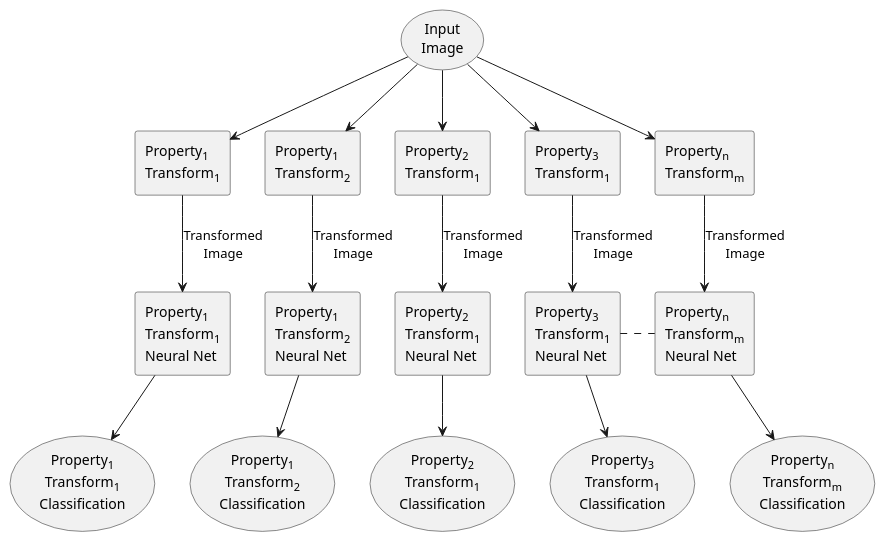
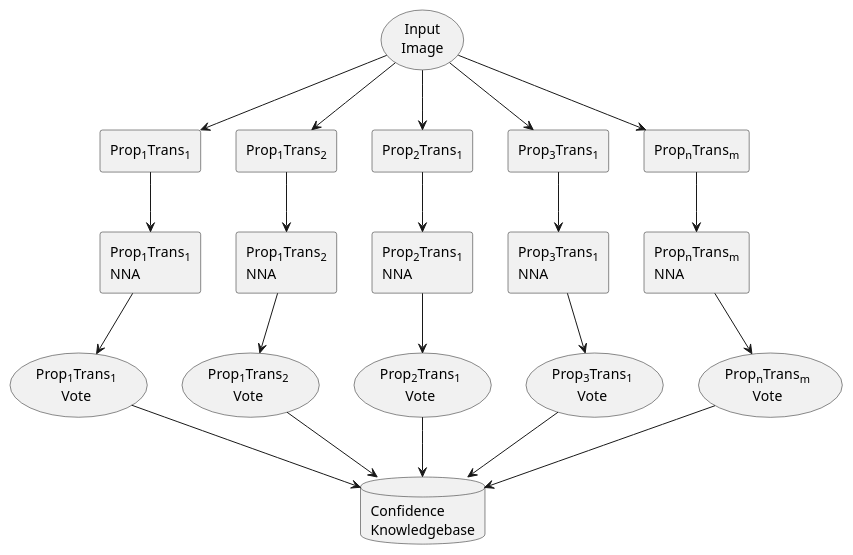
The diagram in property-nn.puml (paulwhitten/2021-naecon-xai_methdology_for_handwritten_applications), drawn with PlantUML before and after one commit. The commit also changed 5 other files, not shown here.

```diff
--- a/property-nn.puml
+++ b/property-nn.puml
@@ -1,58 +1,66 @@
 @startuml
 
 skinparam maxactorsize 0
 
 skinparam rectangle {
     BackgroundColor white
     BorderColor white
     shadowing false
 }
 
 usecase "Input\nImage" as input
 
-agent "Property<FONT POINT-SIZE='10'><SUB>1</SUB></FONT>\nTransform<FONT POINT-SIZE='10'><SUB>1</SUB></FONT>" as TRANS_1
-agent "Property<FONT POINT-SIZE='10'><SUB>1</SUB></FONT>\nTransform<FONT POINT-SIZE='10'><SUB>2</SUB></FONT>" as TRANS_11
-agent "Property<FONT POINT-SIZE='10'><SUB>2</SUB></FONT>\nTransform<FONT POINT-SIZE='10'><SUB>1</SUB></FONT>" as TRANS_2
-agent "Property<FONT POINT-SIZE='10'><SUB>3</SUB></FONT>\nTransform<FONT POINT-SIZE='10'><SUB>1</SUB></FONT>" as TRANS_3
-agent "Property<FONT POINT-SIZE='10'><SUB>n</SUB></FONT>\nTransform<FONT POINT-SIZE='10'><SUB>m</SUB></FONT>" as TRANS_N
+agent "Prop<FONT POINT-SIZE='10'><SUB>1</SUB></FONT>Trans<FONT POINT-SIZE='10'><SUB>1</SUB></FONT>" as TRANS_1
+agent "Prop<FONT POINT-SIZE='10'><SUB>1</SUB></FONT>Trans<FONT POINT-SIZE='10'><SUB>2</SUB></FONT>" as TRANS_11
+agent "Prop<FONT POINT-SIZE='10'><SUB>2</SUB></FONT>Trans<FONT POINT-SIZE='10'><SUB>1</SUB></FONT>" as TRANS_2
+agent "Prop<FONT POINT-SIZE='10'><SUB>3</SUB></FONT>Trans<FONT POINT-SIZE='10'><SUB>1</SUB></FONT>" as TRANS_3
+agent "Prop<FONT POINT-SIZE='10'><SUB>n</SUB></FONT>Trans<FONT POINT-SIZE='10'><SUB>m</SUB></FONT>" as TRANS_N
 
 input --> TRANS_1
 input --> TRANS_11
 input --> TRANS_2
 input --> TRANS_3
 input --> TRANS_N
 
-agent "Property<FONT POINT-SIZE='10'><SUB>1</SUB></FONT>\nTransform<FONT POINT-SIZE='10'><SUB>1</SUB></FONT>\nNeural Net" as XAI_1
-agent "Property<FONT POINT-SIZE='10'><SUB>1</SUB></FONT>\nTransform<FONT POINT-SIZE='10'><SUB>2</SUB></FONT>\nNeural Net" as XAI_11
-agent "Property<FONT POINT-SIZE='10'><SUB>2</SUB></FONT>\nTransform<FONT POINT-SIZE='10'><SUB>1</SUB></FONT>\nNeural Net" as XAI_2
-agent "Property<FONT POINT-SIZE='10'><SUB>3</SUB></FONT>\nTransform<FONT POINT-SIZE='10'><SUB>1</SUB></FONT>\nNeural Net" as XAI_3
-agent "Property<FONT POINT-SIZE='10'><SUB>n</SUB></FONT>\nTransform<FONT POINT-SIZE='10'><SUB>m</SUB></FONT>\nNeural Net" as XAI_N
+agent "Prop<FONT POINT-SIZE='10'><SUB>1</SUB></FONT>Trans<FONT POINT-SIZE='10'><SUB>1</SUB></FONT>\nNNA" as XAI_1
+agent "Prop<FONT POINT-SIZE='10'><SUB>1</SUB></FONT>Trans<FONT POINT-SIZE='10'><SUB>2</SUB></FONT>\nNNA" as XAI_11
+agent "Prop<FONT POINT-SIZE='10'><SUB>2</SUB></FONT>Trans<FONT POINT-SIZE='10'><SUB>1</SUB></FONT>\nNNA" as XAI_2
+agent "Prop<FONT POINT-SIZE='10'><SUB>3</SUB></FONT>Trans<FONT POINT-SIZE='10'><SUB>1</SUB></FONT>\nNNA" as XAI_3
+agent "Prop<FONT POINT-SIZE='10'><SUB>n</SUB></FONT>Trans<FONT POINT-SIZE='10'><SUB>m</SUB></FONT>\nNNA" as XAI_N
 
-TRANS_1 --> XAI_1 : "Transformed\nImage"
-TRANS_11 --> XAI_11 : "Transformed\nImage"
-TRANS_2 --> XAI_2 : "Transformed\nImage"
-TRANS_3 --> XAI_3 : "Transformed\nImage"
-TRANS_N --> XAI_N : "Transformed\nImage"
+TRANS_1 --> XAI_1
+TRANS_11 --> XAI_11
+TRANS_2 --> XAI_2
+TRANS_3 --> XAI_3
+TRANS_N --> XAI_N
 
 XAI_1 .[hidden]right. XAI_11
 XAI_11 .[hidden]right. XAI_2
 XAI_2 .[hidden]right. XAI_3
-XAI_3 .right. XAI_N
+XAI_3 .[hidden]right. XAI_N
 
-usecase "Property<FONT POINT-SIZE='10'><SUB>1</SUB></FONT>\nTransform<FONT POINT-SIZE='10'><SUB>1</SUB></FONT>\nClassification" as label_1
+usecase "Prop<FONT POINT-SIZE='10'><SUB>1</SUB></FONT>Trans<FONT POINT-SIZE='10'><SUB>1</SUB></FONT>\nVote" as label_1
 
-usecase "Property<FONT POINT-SIZE='10'><SUB>1</SUB></FONT>\nTransform<FONT POINT-SIZE='10'><SUB>2</SUB></FONT>\nClassification" as label_11
+usecase "Prop<FONT POINT-SIZE='10'><SUB>1</SUB></FONT>Trans<FONT POINT-SIZE='10'><SUB>2</SUB></FONT>\nVote" as label_11
 
-usecase "Property<FONT POINT-SIZE='10'><SUB>2</SUB></FONT>\nTransform<FONT POINT-SIZE='10'><SUB>1</SUB></FONT>\nClassification" as label_2
+usecase "Prop<FONT POINT-SIZE='10'><SUB>2</SUB></FONT>Trans<FONT POINT-SIZE='10'><SUB>1</SUB></FONT>\nVote" as label_2
 
-usecase "Property<FONT POINT-SIZE='10'><SUB>3</SUB></FONT>\nTransform<FONT POINT-SIZE='10'><SUB>1</SUB></FONT>\nClassification" as label_3
+usecase "Prop<FONT POINT-SIZE='10'><SUB>3</SUB></FONT>Trans<FONT POINT-SIZE='10'><SUB>1</SUB></FONT>\nVote" as label_3
 
-usecase "Property<FONT POINT-SIZE='10'><SUB>n</SUB></FONT>\nTransform<FONT POINT-SIZE='10'><SUB>m</SUB></FONT>\nClassification" as label_N
+usecase "Prop<FONT POINT-SIZE='10'><SUB>n</SUB></FONT>Trans<FONT POINT-SIZE='10'><SUB>m</SUB></FONT>\nVote" as label_N
 
 XAI_1 --> label_1
 XAI_11 --> label_11
 XAI_2 --> label_2
 XAI_3 --> label_3
 XAI_N --> label_N
 
+database "Confidence\nKnowledgebase" as kb
+
+label_1 --> kb
+label_11 --> kb
+label_2 --> kb
+label_3 --> kb
+label_N --> kb
+
 @enduml
```
